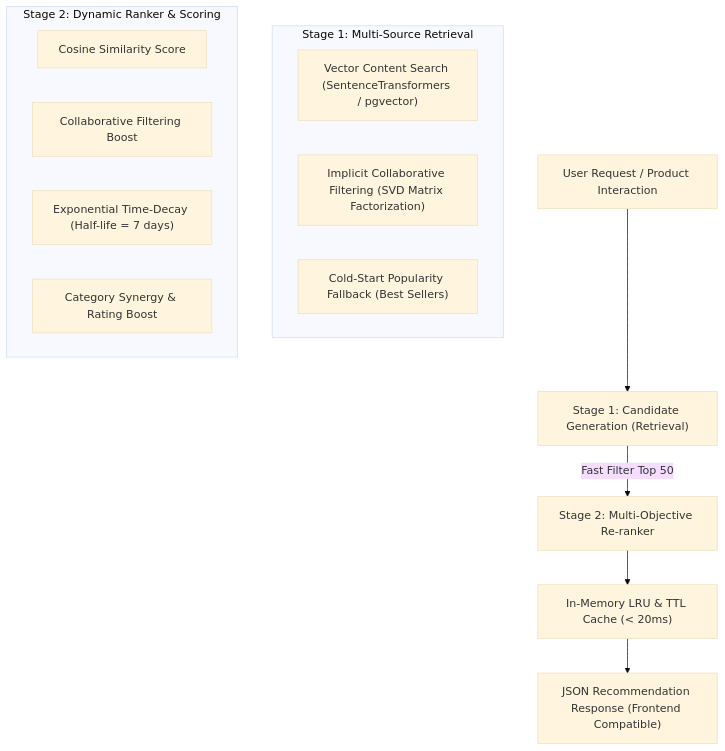
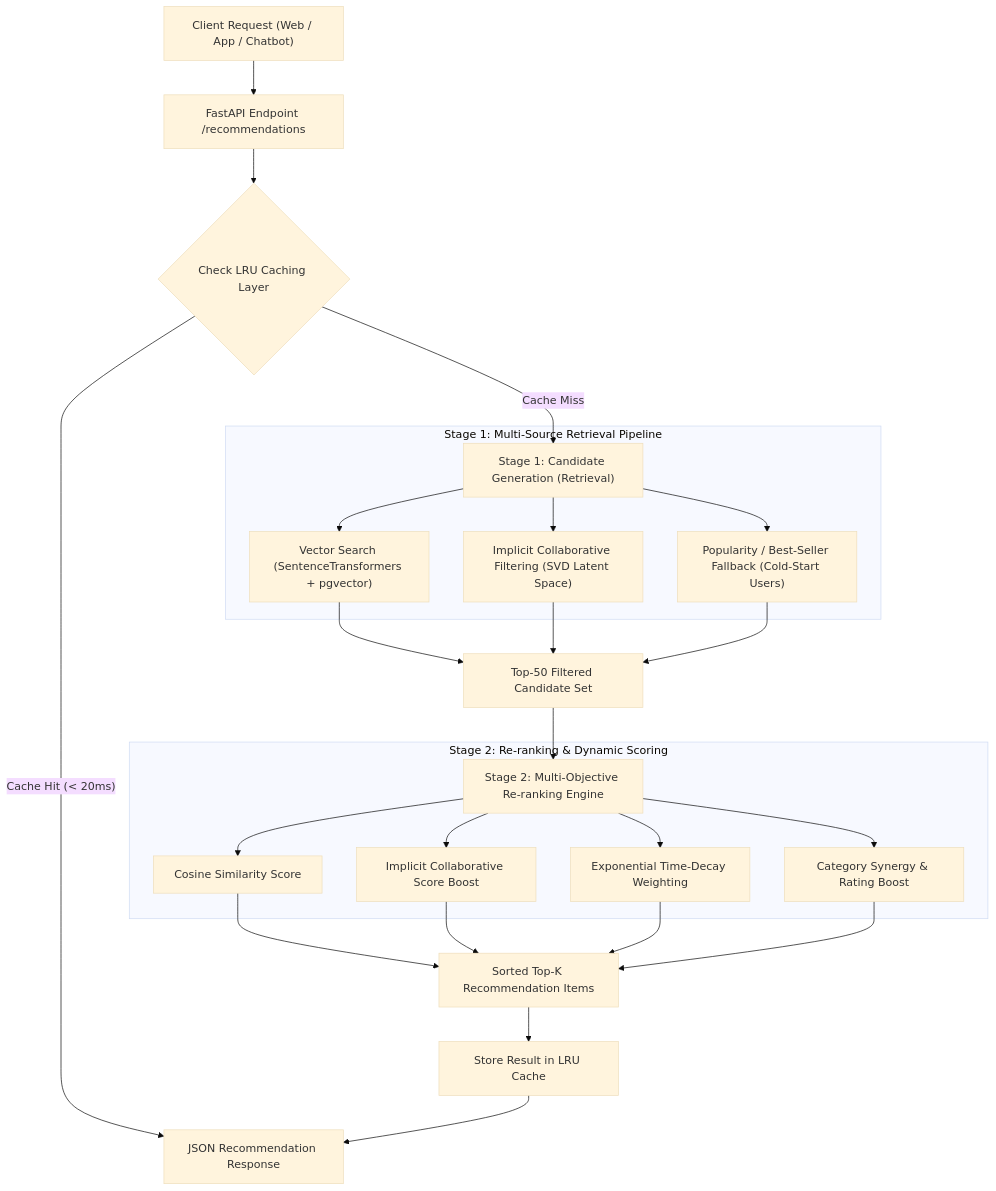
One commit to kyro-ecommerce/AI-service changed the diagram in README.md. Above: the diagram before and after it, drawn with Mermaid (base theme). The commit also changed other lines of this file, not shown here.

Commit message:
docs: write Junior AI standard README with architecture, math formulas, benchmark results, and API docs

````diff
--- a/README.md
+++ b/README.md
@@ -11,21 +26,28 @@
 ```mermaid
 graph TD
-    A["User Request / Product Interaction"] --> B["Stage 1: Candidate Generation (Retrieval)"]
-    B -->|Fast Filter Top 50| C["Stage 2: Multi-Objective Re-ranker"]
+    A["Client Request (Web / App / Chatbot)"] --> B["FastAPI Endpoint /recommendations"]
+    B --> C{"Check LRU Caching Layer"}
+    C -- "Cache Hit (< 20ms)" --> Z["JSON Recommendation Response"]
     
-    subgraph "Stage 1: Multi-Source Retrieval"
-        B1["Vector Content Search (SentenceTransformers / pgvector)"]
-        B2["Implicit Collaborative Filtering (SVD Matrix Factorization)"]
-        B3["Cold-Start Popularity Fallback (Best Sellers)"]
+    C -- "Cache Miss" --> D["Stage 1: Candidate Generation (Retrieval)"]
+    
+    subgraph "Stage 1: Multi-Source Retrieval Pipeline"
+        D --> D1["Vector Search (SentenceTransformers + pgvector)"]
+        D --> D2["Implicit Collaborative Filtering (SVD Latent Space)"]
+        D --> D3["Popularity / Best-Seller Fallback (Cold-Start Users)"]
     end
     
-    subgraph "Stage 2: Dynamic Ranker & Scoring"
-        C1["Cosine Similarity Score"]
-        C2["Collaborative Filtering Boost"]
-        C3["Exponential Time-Decay (Half-life = 7 days)"]
-        C4["Category Synergy & Rating Boost"]
+    D1 & D2 & D3 --> E["Top-50 Filtered Candidate Set"]
+    E --> F["Stage 2: Multi-Objective Re-ranking Engine"]
+    
+    subgraph "Stage 2: Re-ranking & Dynamic Scoring"
+        F --> F1["Cosine Similarity Score"]
+        F --> F2["Implicit Collaborative Score Boost"]
+        F --> F3["Exponential Time-Decay Weighting"]
+        F --> F4["Category Synergy & Rating Boost"]
     end
     
-    C --> D["In-Memory LRU & TTL Cache (< 20ms)"]
-    D --> E["JSON Recommendation Response (Frontend Compatible)"]
+    F1 & F2 & F3 & F4 --> G["Sorted Top-K Recommendation Items"]
+    G --> H["Store Result in LRU Cache"]
+    H --> Z
 ```
````
